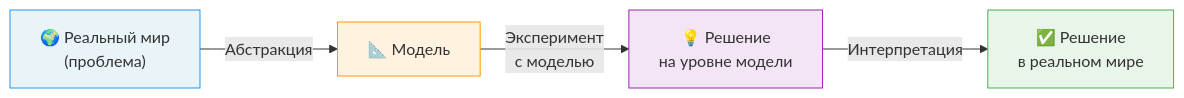
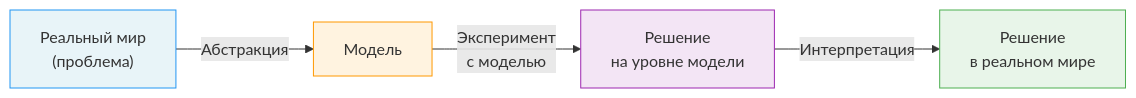
Before and after one commit to stareeg/simulation-modeling-notes: the first of 2 diagrams in docs/01-introduction.md, drawn with Mermaid. The commit also changed other lines of this file and 14 other files, not shown here.

````diff
--- a/docs/01-introduction.md
+++ b/docs/01-introduction.md
@@ -40,11 +36,11 @@
 ```mermaid
 flowchart LR
-    A["🌍 Реальный мир\n(проблема)"] -->|Абстракция| B["📐 Модель"]
-    B -->|Эксперимент\nс моделью| C["💡 Решение\nна уровне модели"]
-    C -->|Интерпретация| D["✅ Решение\nв реальном мире"]
+    A["Реальный мир<br>(проблема)"] -->|Абстракция| B["Модель"]
+    B -->|Эксперимент<br>с моделью| C["Решение<br>на уровне модели"]
+    C -->|Интерпретация| D["Решение<br>в реальном мире"]
 
     style A fill:#e8f4f8,stroke:#2196F3
     style B fill:#fff3e0,stroke:#FF9800
     style C fill:#f3e5f5,stroke:#9C27B0
     style D fill:#e8f5e9,stroke:#4CAF50
 ```
````
